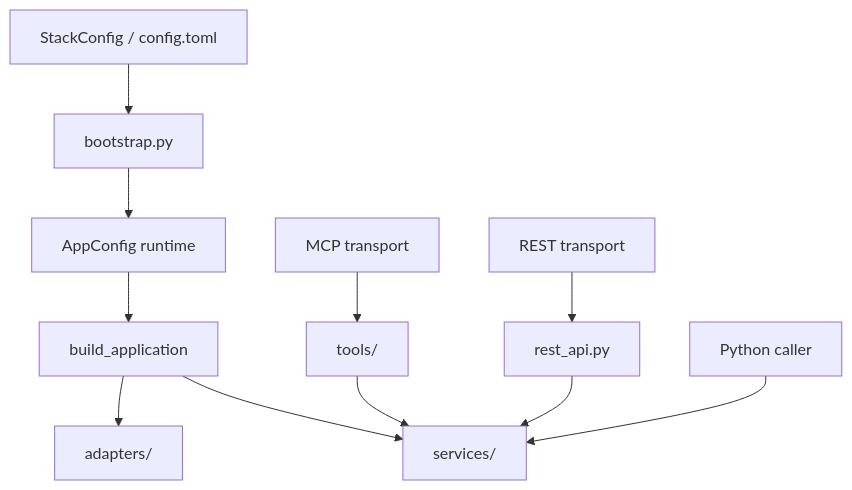
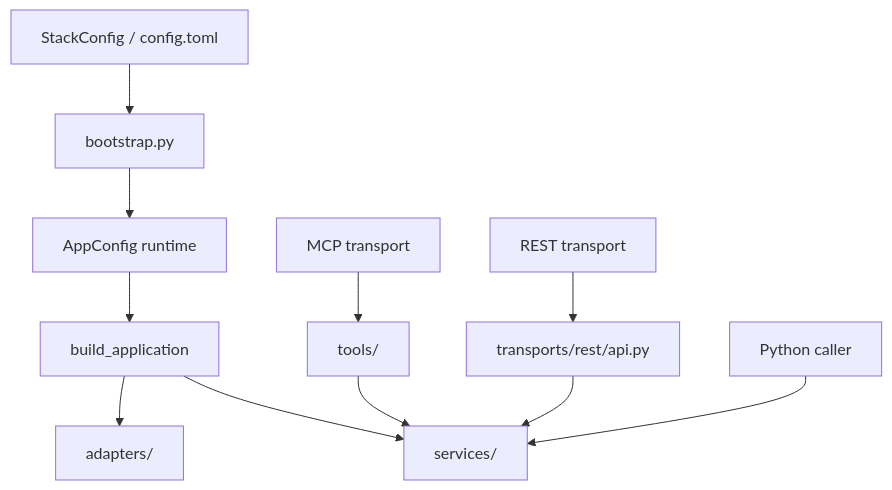
One commit to AustralianCancerDataNetwork/groundworkers changed the first of 2 diagrams in docs/architecture.md. Above: the diagram before and after it, drawn with Mermaid. The commit also changed other lines of this file and 54 other files, not shown here.

````diff
--- a/docs/architecture.md
+++ b/docs/architecture.md
@@ -9,13 +9,13 @@
 ```mermaid
 flowchart TD
     STACK[StackConfig / config.toml] --> BOOT[bootstrap.py]
     BOOT --> CFG[AppConfig runtime]
     CFG --> APP[build_application]
     APP --> ADP[adapters/]
     APP --> SVC[services/]
     MCP[MCP transport] --> TOOLS[tools/]
     TOOLS --> SVC
-    REST[REST transport] --> API[rest_api.py]
+    REST[REST transport] --> API[transports/rest/api.py]
     API --> SVC
     PY[Python caller] --> SVC
 ```
````
